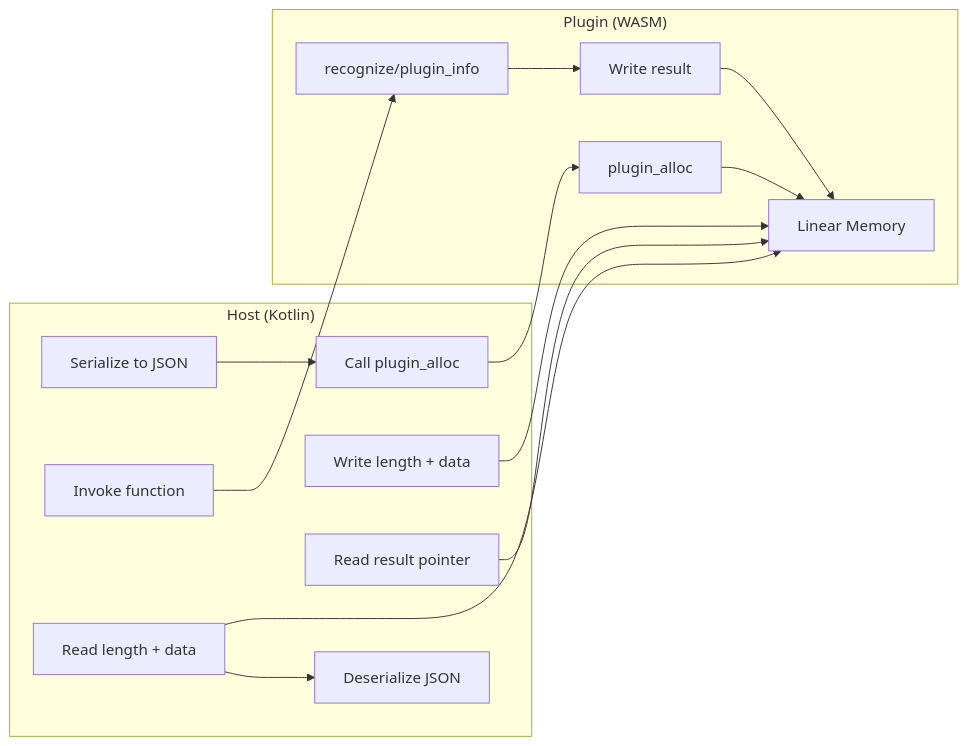
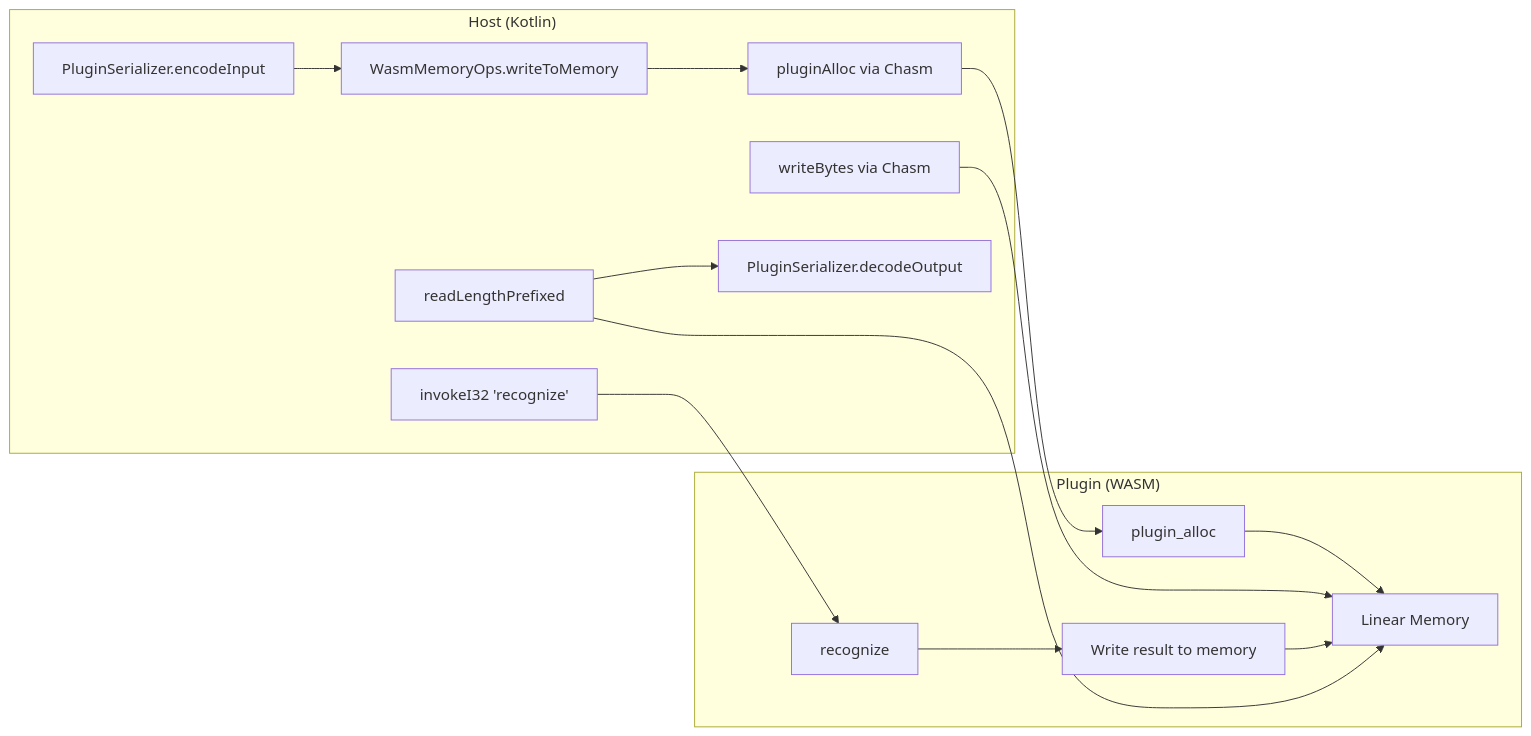
The tenth of 13 diagrams in README.md (michalharakal/wasm-plugin-system), drawn with Mermaid before and after one commit. The commit also changed other lines of this file, not shown here.

First line of the commit message:
Update README to match actual codebase: fix versions, types, and extend diagrams

````diff
--- a/README.md
+++ b/README.md
@@ -243,30 +465,30 @@
 ```mermaid
 flowchart LR
     subgraph Host["Host (Kotlin)"]
-        H1[Serialize to JSON]
-        H2[Call plugin_alloc]
-        H3[Write length + data]
-        H4[Invoke function]
-        H5[Read result pointer]
-        H6[Read length + data]
-        H7[Deserialize JSON]
+        H1[PluginSerializer.encodeInput]
+        H2[WasmMemoryOps.writeToMemory]
+        H3[pluginAlloc via Chasm]
+        H4[writeBytes via Chasm]
+        H5[invokeI32 'recognize']
+        H6[readLengthPrefixed]
+        H7[PluginSerializer.decodeOutput]
     end
 
     subgraph Plugin["Plugin (WASM)"]
         P1[plugin_alloc]
         P2[Linear Memory]
-        P3[recognize/plugin_info]
-        P4[Write result]
+        P3[recognize]
+        P4[Write result to memory]
     end
 
     H1 --> H2
-    H2 --> P1
+    H2 --> H3
+    H3 --> P1
     P1 --> P2
-    H3 --> P2
-    H4 --> P3
+    H4 --> P2
+    H5 --> P3
     P3 --> P4
     P4 --> P2
-    H5 --> P2
     H6 --> P2
     H6 --> H7
 ```
````
